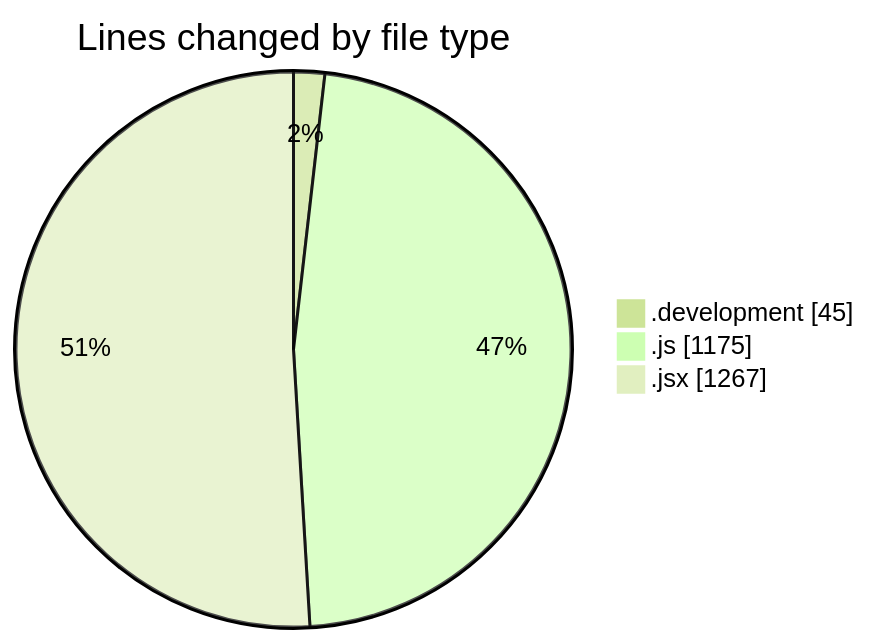
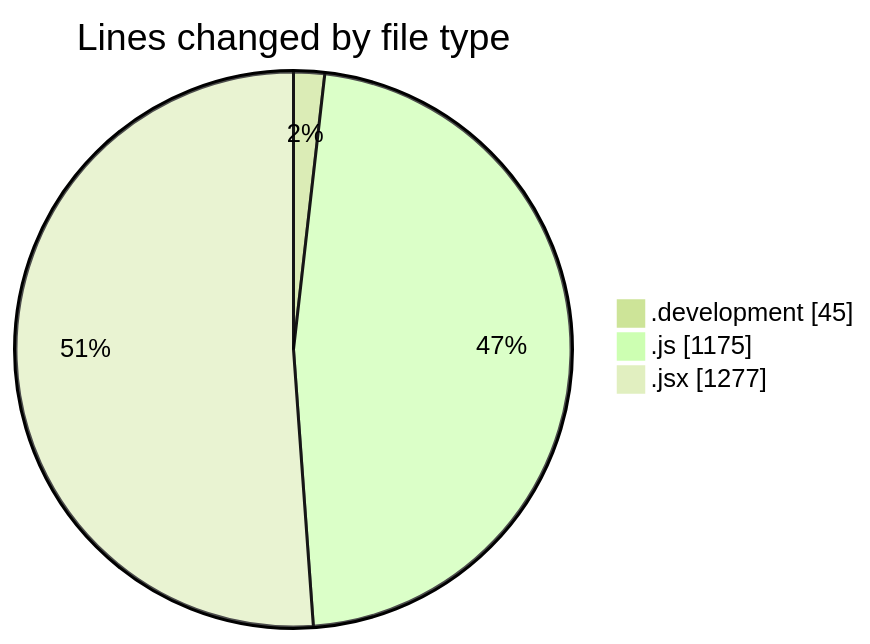
One commit to nxtqubesakshisongat/code-tracking changed the first of 2 diagrams in 2025-11-10/nxtqube_webapp/README.md. Above: the diagram before and after it, drawn with Mermaid (forest theme). The commit also changed other lines of this file and 1 other file, not shown here.

````diff
--- a/2025-11-10/nxtqube_webapp/README.md
+++ b/2025-11-10/nxtqube_webapp/README.md
@@ -31,7 +31,7 @@
 ```mermaid
 pie showData
 title Lines changed by file type
 ".development" : 45
 ".js" : 1175
-".jsx" : 1267
+".jsx" : 1277
 ```
````
